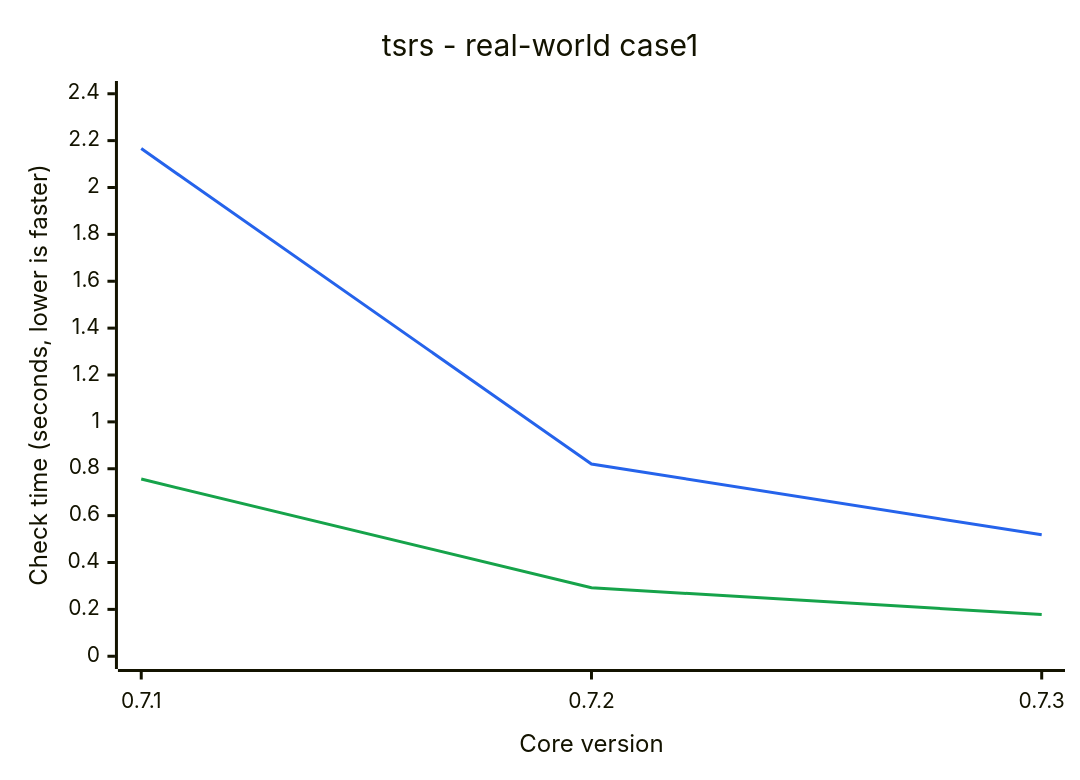
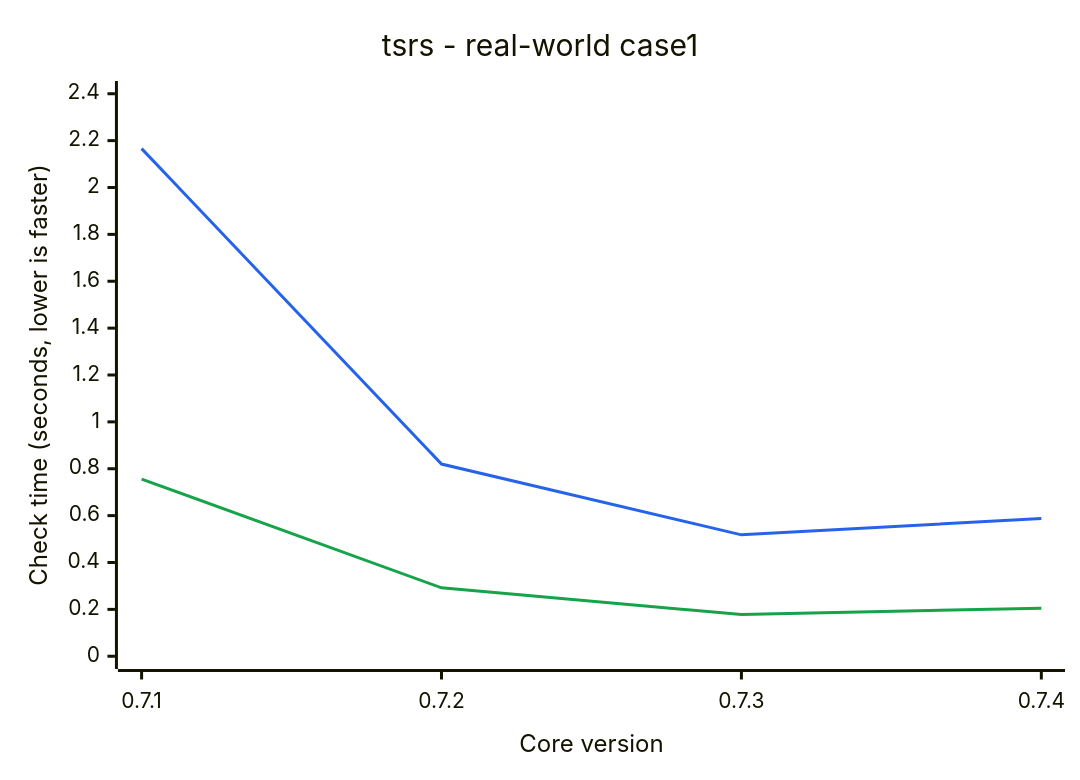
Before and after one commit to ismailkarsli/TypeSQL: the diagram in README.md, drawn with Mermaid. The commit also changed other lines of this file and 29 other files, not shown here.

````diff
--- a/README.md
+++ b/README.md
@@ -149,9 +149,9 @@
 ```mermaid
 %%{init: {"themeVariables": {"xyChart": {"plotColorPalette": "#2563eb,#16a34a"}}}}%%
 xychart-beta
     title "tsrs - real-world case1"
-    x-axis "Core version" ["0.7.1", "0.7.2", "0.7.3"]
+    x-axis "Core version" ["0.7.1", "0.7.2", "0.7.3", "0.7.4"]
     y-axis "Check time (seconds, lower is faster)" 0 --> 2.4
-    line [2.166, 0.82, 0.518]
-    line [0.756, 0.292, 0.178]
+    line [2.166, 0.82, 0.518, 0.588]
+    line [0.756, 0.292, 0.178, 0.205]
 ```
````
